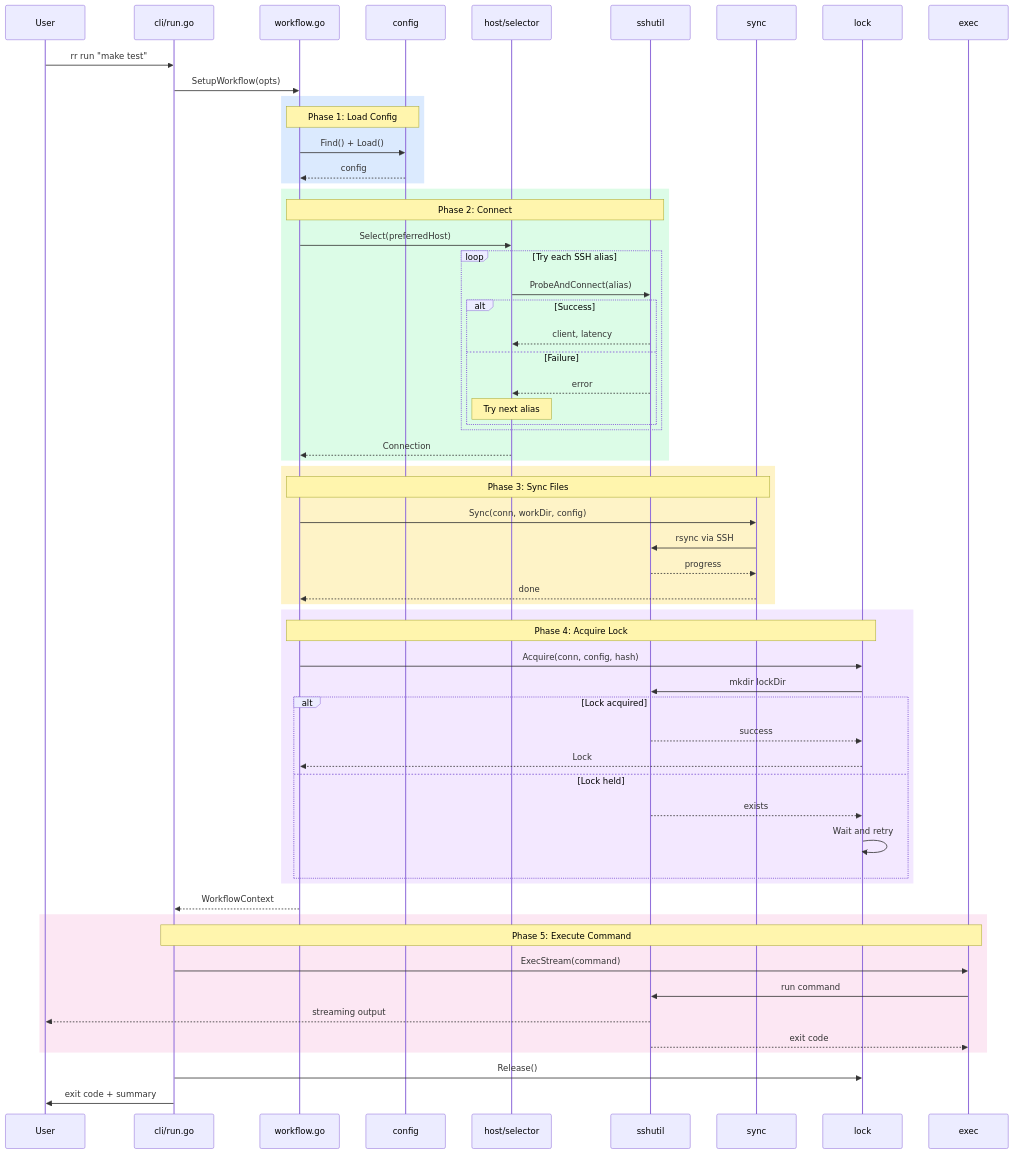
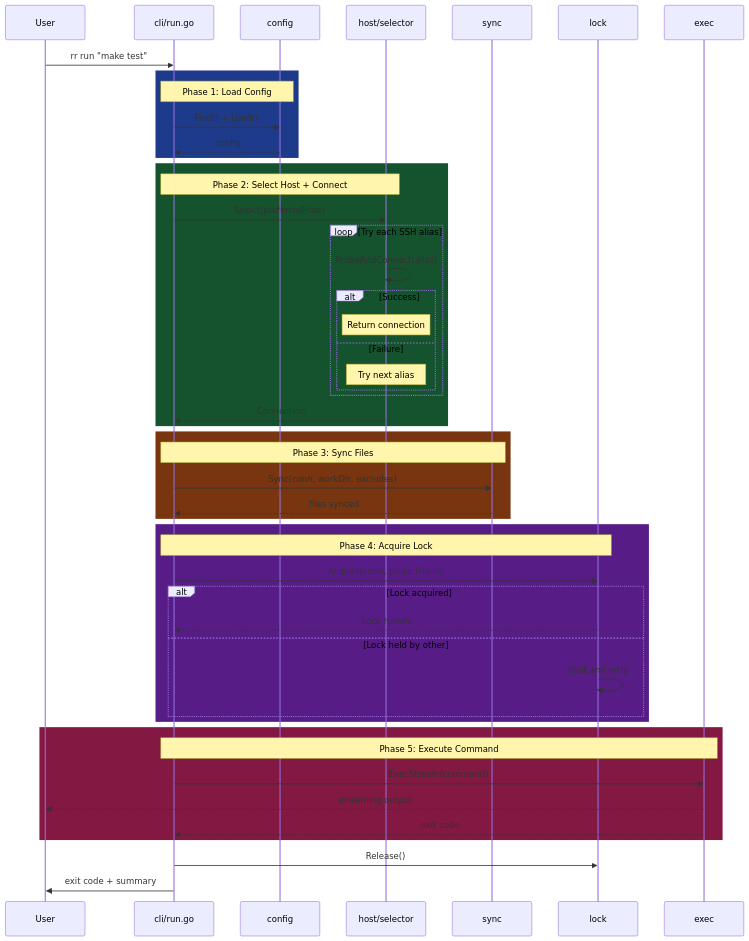
The third of 9 diagrams in ARCHITECTURE.md (rileyhilliard/rr), drawn with Mermaid before and after one commit. The commit also changed other lines of this file, not shown here.

First line of the commit message:
docs: add architecture diagrams

````diff
--- a/ARCHITECTURE.md
+++ b/ARCHITECTURE.md
@@ -862,70 +845,58 @@
 ```mermaid
 sequenceDiagram
     participant User
     participant CLI as cli/run.go
-    participant Workflow as workflow.go
     participant Config as config
-    participant Selector as host/selector
-    participant SSH as sshutil
+    participant Host as host/selector
     participant Sync as sync
     participant Lock as lock
     participant Exec as exec
 
     User->>CLI: rr run "make test"
-    CLI->>Workflow: SetupWorkflow(opts)
 
-    rect rgb(219, 234, 254)
-        Note over Workflow,Config: Phase 1: Load Config
-        Workflow->>Config: Find() + Load()
-        Config-->>Workflow: config
+    rect rgb(30, 58, 138)
+        Note over CLI,Config: Phase 1: Load Config
+        CLI->>Config: Find() + Load()
+        Config-->>CLI: config
     end
 
-    rect rgb(220, 252, 231)
-        Note over Workflow,SSH: Phase 2: Connect
-        Workflow->>Selector: Select(preferredHost)
+    rect rgb(20, 83, 45)
+        Note over CLI,Host: Phase 2: Select Host + Connect
+        CLI->>Host: Select(preferredHost)
         loop Try each SSH alias
-            Selector->>SSH: ProbeAndConnect(alias)
+            Host->>Host: ProbeAndConnect(alias)
             alt Success
-                SSH-->>Selector: client, latency
+                Note over Host: Return connection
             else Failure
-                SSH-->>Selector: error
-                Note over Selector: Try next alias
+                Note over Host: Try next alias
             end
         end
-        Selector-->>Workflow: Connection
+        Host-->>CLI: Connection
     end
 
-    rect rgb(254, 243, 199)
-        Note over Workflow,Sync: Phase 3: Sync Files
-        Workflow->>Sync: Sync(conn, workDir, config)
-        Sync->>SSH: rsync via SSH
-        SSH-->>Sync: progress
-        Sync-->>Workflow: done
+    rect rgb(120, 53, 15)
+        Note over CLI,Sync: Phase 3: Sync Files
+        CLI->>Sync: Sync(conn, workDir, excludes)
+        Sync-->>CLI: files synced
     end
 
-    rect rgb(243, 232, 255)
-        Note over Workflow,Lock: Phase 4: Acquire Lock
-        Workflow->>Lock: Acquire(conn, config, hash)
-        Lock->>SSH: mkdir lockDir
+    rect rgb(88, 28, 135)
+        Note over CLI,Lock: Phase 4: Acquire Lock
+        CLI->>Lock: Acquire(conn, projectHash)
         alt Lock acquired
-            SSH-->>Lock: success
-            Lock-->>Workflow: Lock
-        else Lock held
-            SSH-->>Lock: exists
+            Lock-->>CLI: Lock handle
+        else Lock held by other
             Lock->>Lock: Wait and retry
         end
     end
 
-    Workflow-->>CLI: WorkflowContext
-
-    rect rgb(252, 231, 243)
+    rect rgb(131, 24, 67)
         Note over CLI,Exec: Phase 5: Execute Command
         CLI->>Exec: ExecStream(command)
-        Exec->>SSH: run command
-        SSH-->>User: streaming output
-        SSH-->>Exec: exit code
+        Exec-->>User: streaming output
+        Exec-->>CLI: exit code
     end
 
     CLI->>Lock: Release()
     CLI->>User: exit code + summary
 ```
````
